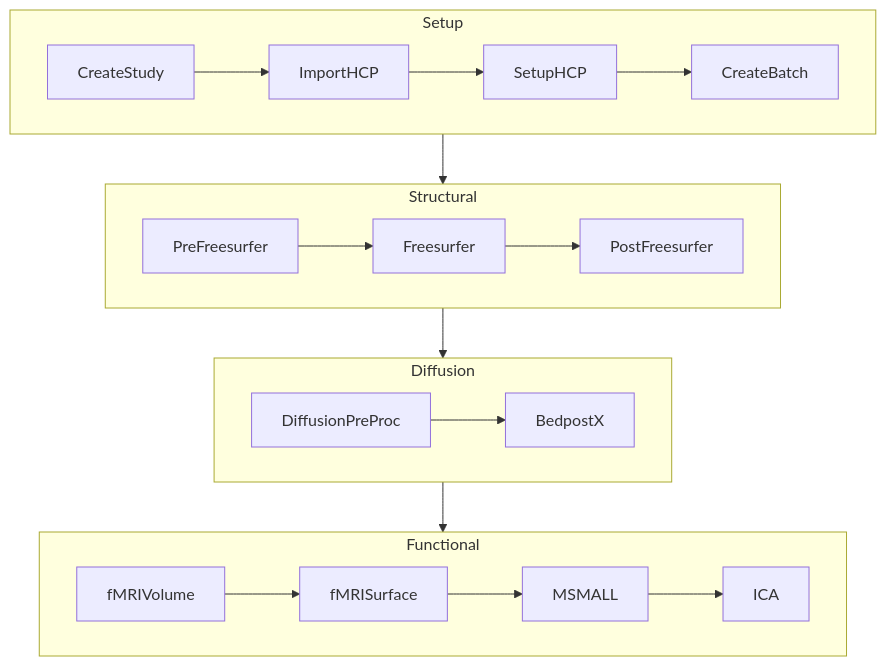
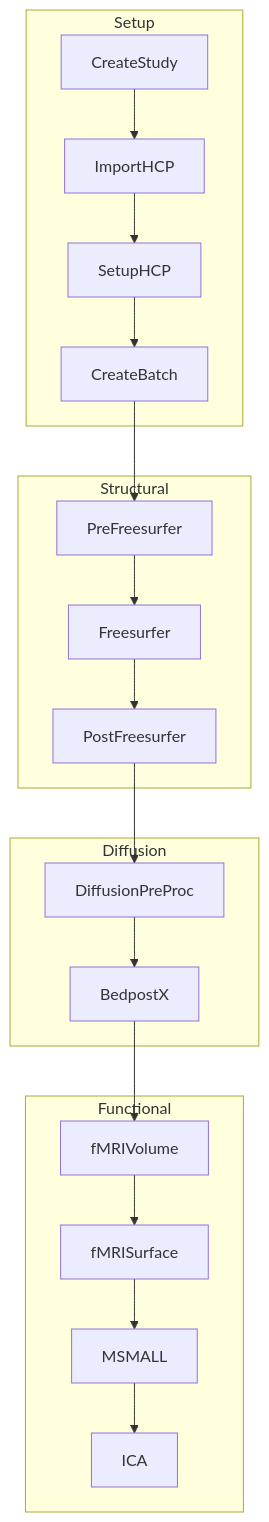
One commit to SPMIC-UoN/QuNex_Processing_Pipeline changed the diagram in README.md. Above: the diagram before and after it, drawn with Mermaid.

````diff
--- a/README.md
+++ b/README.md
@@ -44,23 +44,28 @@
 ```mermaid
 flowchart TD
 
-subgraph Setup["Setup"]
-direction LR
+%% ---------- Setup ----------
+subgraph Setup
 A[CreateStudy] --> B[ImportHCP] --> C[SetupHCP] --> D[CreateBatch]
 end
 
-subgraph Structural["Structural"]
-direction LR
-D --> E[PreFreesurfer] --> F[Freesurfer] --> G[PostFreesurfer]
+%% ---------- Structural ----------
+subgraph Structural
+E[PreFreesurfer] --> F[Freesurfer] --> G[PostFreesurfer]
 end
 
-subgraph Diffusion["Diffusion"]
-direction LR
-G --> H[DiffusionPreProc] --> I[BedpostX]
+%% ---------- Diffusion ----------
+subgraph Diffusion
+H[DiffusionPreProc] --> I[BedpostX]
 end
 
-subgraph Functional["Functional"]
-direction LR
-I --> J[fMRIVolume] --> K[fMRISurface] --> L[MSMALL] --> M[ICA]
+%% ---------- Functional ----------
+subgraph Functional
+J[fMRIVolume] --> K[fMRISurface] --> L[MSMALL] --> M[ICA]
 end
+
+%% ---------- Stage connections ----------
+D --> E
+G --> H
+I --> J
 ```
````
